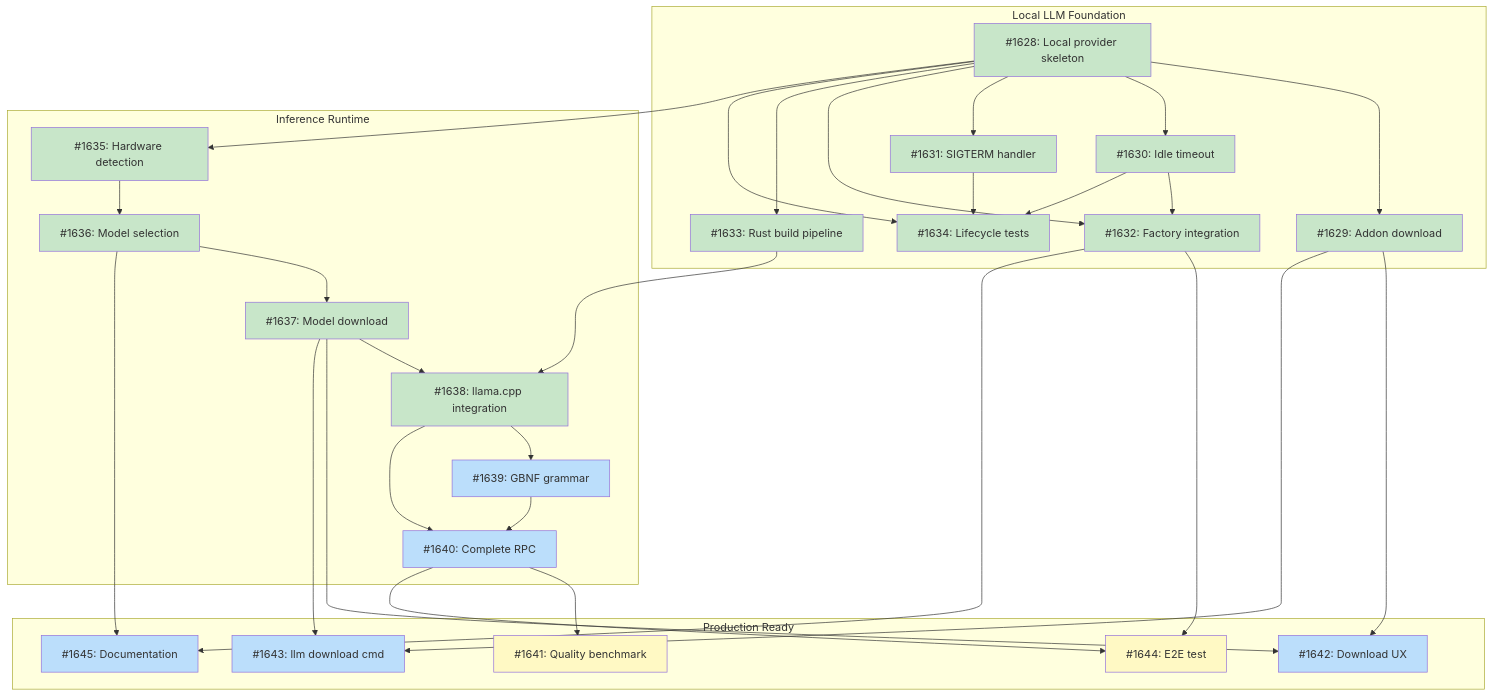
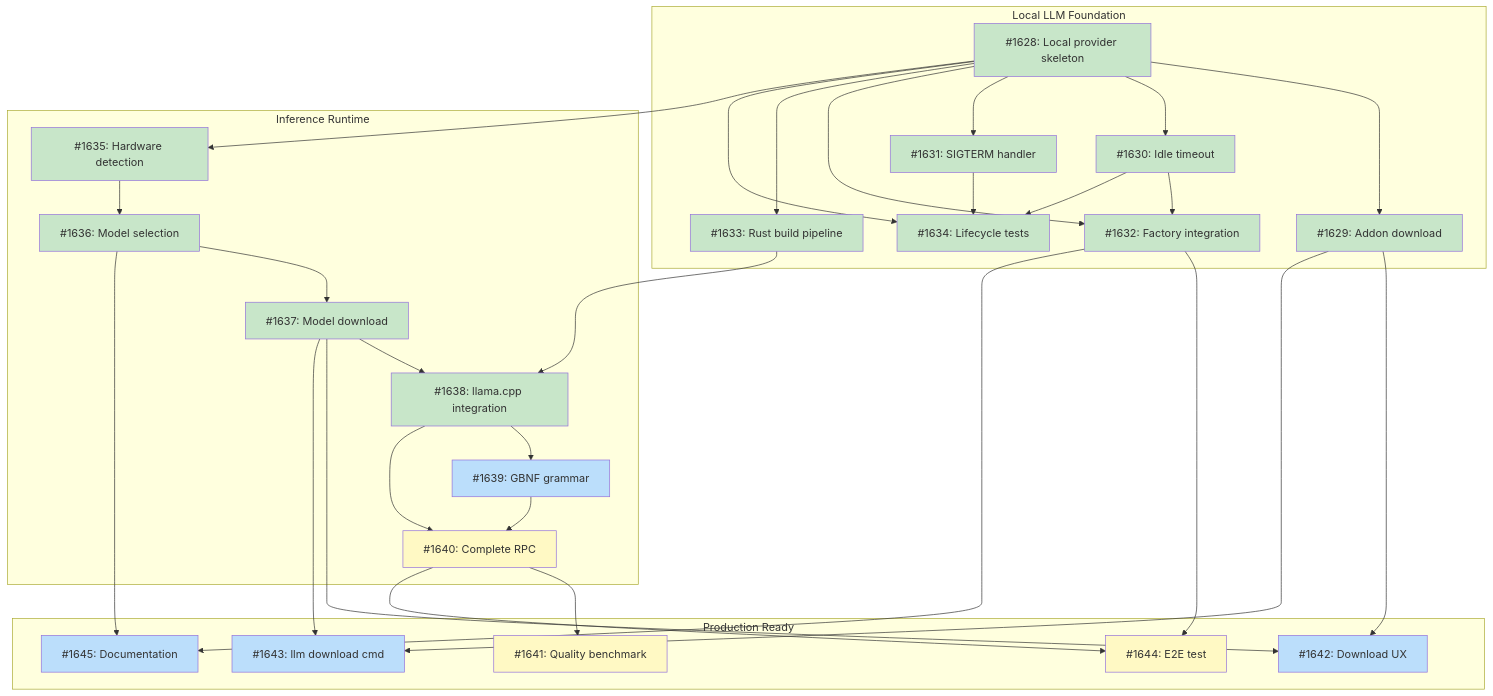
Before and after one commit to tsukumogami/tsuku: the diagram in docs/designs/DESIGN-local-llm-runtime.md, drawn with Mermaid.

Commit message:
docs: fix diagram class for I1640 (blocked by I1639)

````diff
--- a/docs/designs/DESIGN-local-llm-runtime.md
+++ b/docs/designs/DESIGN-local-llm-runtime.md
@@ -74,65 +74,65 @@
 ```mermaid
 graph TD
     subgraph M1["Local LLM Foundation"]
         I1628["#1628: Local provider skeleton"]
         I1629["#1629: Addon download"]
         I1630["#1630: Idle timeout"]
         I1631["#1631: SIGTERM handler"]
         I1632["#1632: Factory integration"]
         I1633["#1633: Rust build pipeline"]
         I1634["#1634: Lifecycle tests"]
     end
 
     subgraph M2["Inference Runtime"]
         I1635["#1635: Hardware detection"]
         I1636["#1636: Model selection"]
         I1637["#1637: Model download"]
         I1638["#1638: llama.cpp integration"]
         I1639["#1639: GBNF grammar"]
         I1640["#1640: Complete RPC"]
     end
 
     subgraph M3["Production Ready"]
         I1641["#1641: Quality benchmark"]
         I1642["#1642: Download UX"]
         I1643["#1643: llm download cmd"]
         I1644["#1644: E2E test"]
         I1645["#1645: Documentation"]
     end
 
     I1628 --> I1629
     I1628 --> I1630
     I1628 --> I1631
     I1628 --> I1632
     I1630 --> I1632
     I1628 --> I1633
     I1628 --> I1634
     I1630 --> I1634
     I1631 --> I1634
     I1628 --> I1635
     I1635 --> I1636
     I1636 --> I1637
     I1633 --> I1638
     I1637 --> I1638
     I1638 --> I1639
     I1638 --> I1640
     I1639 --> I1640
     I1640 --> I1641
     I1629 --> I1642
     I1637 --> I1642
     I1629 --> I1643
     I1637 --> I1643
     I1640 --> I1644
     I1632 --> I1644
     I1632 --> I1645
     I1636 --> I1645
 
     classDef done fill:#c8e6c9
     classDef ready fill:#bbdefb
     classDef blocked fill:#fff9c4
     classDef needsDesign fill:#e1bee7
 
     class I1628,I1629,I1630,I1631,I1632,I1633,I1634,I1635,I1636,I1637,I1638 done
-    class I1639,I1640,I1642,I1643,I1645 ready
-    class I1641,I1644 blocked
+    class I1639,I1642,I1643,I1645 ready
+    class I1640,I1641,I1644 blocked
 ```
````
